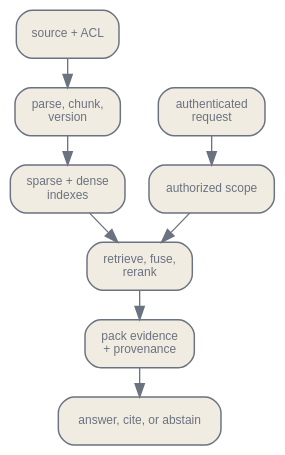
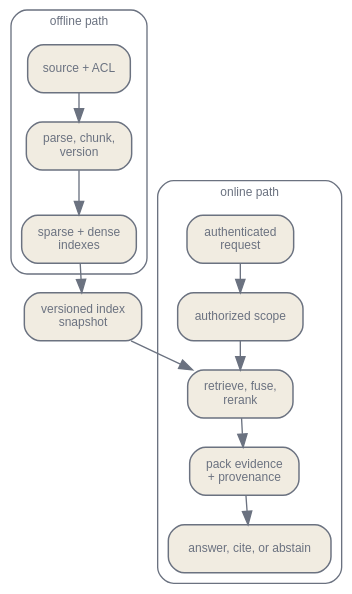
The diagram in en/orchestration/08-rag-retrieval.qmd (latere-ai/ai-as-an-infrastructure), drawn with Graphviz before and after one commit. The commit also changed 1 other file, not shown here.

Commit message:
orchestration: retrieval contract diagram draws offline and online lanes joined at the index snapshot

````diff
--- a/en/orchestration/08-rag-retrieval.qmd
+++ b/en/orchestration/08-rag-retrieval.qmd
@@ -74,26 +74,31 @@
 ```{dot}
 //| label: fig-rag-runtime-contract
 //| fig-cap: "The retrieval contract has an offline path and an online path. Both meet at a versioned index snapshot; authorization constrains candidate generation before retrieved text reaches reranking or generation."
 digraph {
   bgcolor="transparent";
   rankdir=TB;
   nodesep=0.25;
   ranksep=0.30;
   node [shape=box, style="rounded,filled", fontname="Helvetica", fontsize=9, color="#6b7280", fontcolor="#6b7280", fillcolor="#f1ece1", penwidth=1.1];
   edge [fontname="Helvetica", fontsize=8, color="#6b7280", fontcolor="#6b7280"];
 
-  source [label="source + ACL"];
-  ingest [label="parse, chunk,\nversion"];
-  index [label="sparse + dense\nindexes"];
-  request [label="authenticated\nrequest"];
-  scope [label="authorized scope"];
-  retrieve [label="retrieve, fuse,\nrerank"];
-  pack [label="pack evidence\n+ provenance"];
-  answer [label="answer, cite, or abstain"];
-
-  source -> ingest -> index;
-  request -> scope -> retrieve;
-  index -> retrieve;
-  retrieve -> pack -> answer;
+  subgraph cluster_offline {
+    label="offline path"; style=rounded; color="#6b7280"; fontcolor="#6b7280"; fontname="Helvetica"; fontsize=9;
+    source [label="source + ACL"];
+    ingest [label="parse, chunk,\nversion"];
+    index [label="sparse + dense\nindexes"];
+    source -> ingest -> index;
+  }
+  snapshot [label="versioned index\nsnapshot"];
+  subgraph cluster_online {
+    label="online path"; style=rounded; color="#6b7280"; fontcolor="#6b7280"; fontname="Helvetica"; fontsize=9;
+    request [label="authenticated\nrequest"];
+    scope [label="authorized scope"];
+    retrieve [label="retrieve, fuse,\nrerank"];
+    pack [label="pack evidence\n+ provenance"];
+    answer [label="answer, cite, or abstain"];
+    request -> scope -> retrieve -> pack -> answer;
+  }
+  index -> snapshot -> retrieve;
 }
 ```
````
